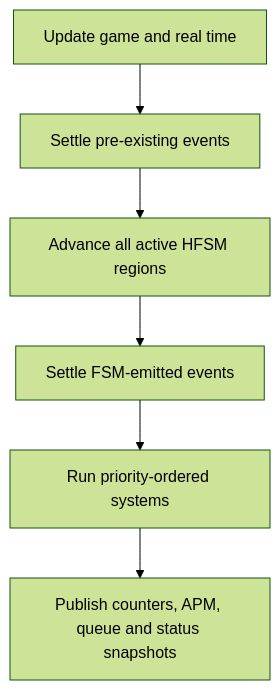
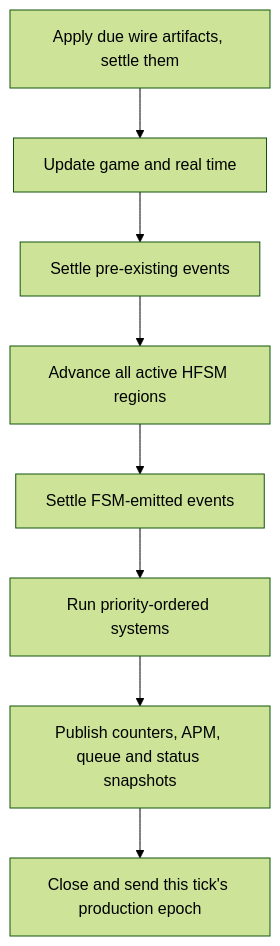
One commit to lixenwraith/vi-fighter changed the third of 3 diagrams in doc/runtime.md. Above: the diagram before and after it, drawn with Mermaid (forest theme). The commit also changed other lines of this file and 6 other files, not shown here.

````diff
--- a/doc/runtime.md
+++ b/doc/runtime.md
@@ -203,8 +203,10 @@
 ```mermaid
 flowchart TD
-    Time["Update game and real time"] --> Pre["Settle pre-existing events"]
+    Wire["Apply due wire artifacts, settle them"] --> Time["Update game and real time"]
+    Time --> Pre["Settle pre-existing events"]
     Pre --> FSM["Advance all active HFSM regions"]
     FSM --> Post["Settle FSM-emitted events"]
     Post --> Systems["Run priority-ordered systems"]
     Systems --> Stats["Publish counters, APM, queue and status snapshots"]
+    Stats --> Flush["Close and send this tick's production epoch"]
 ```
````
